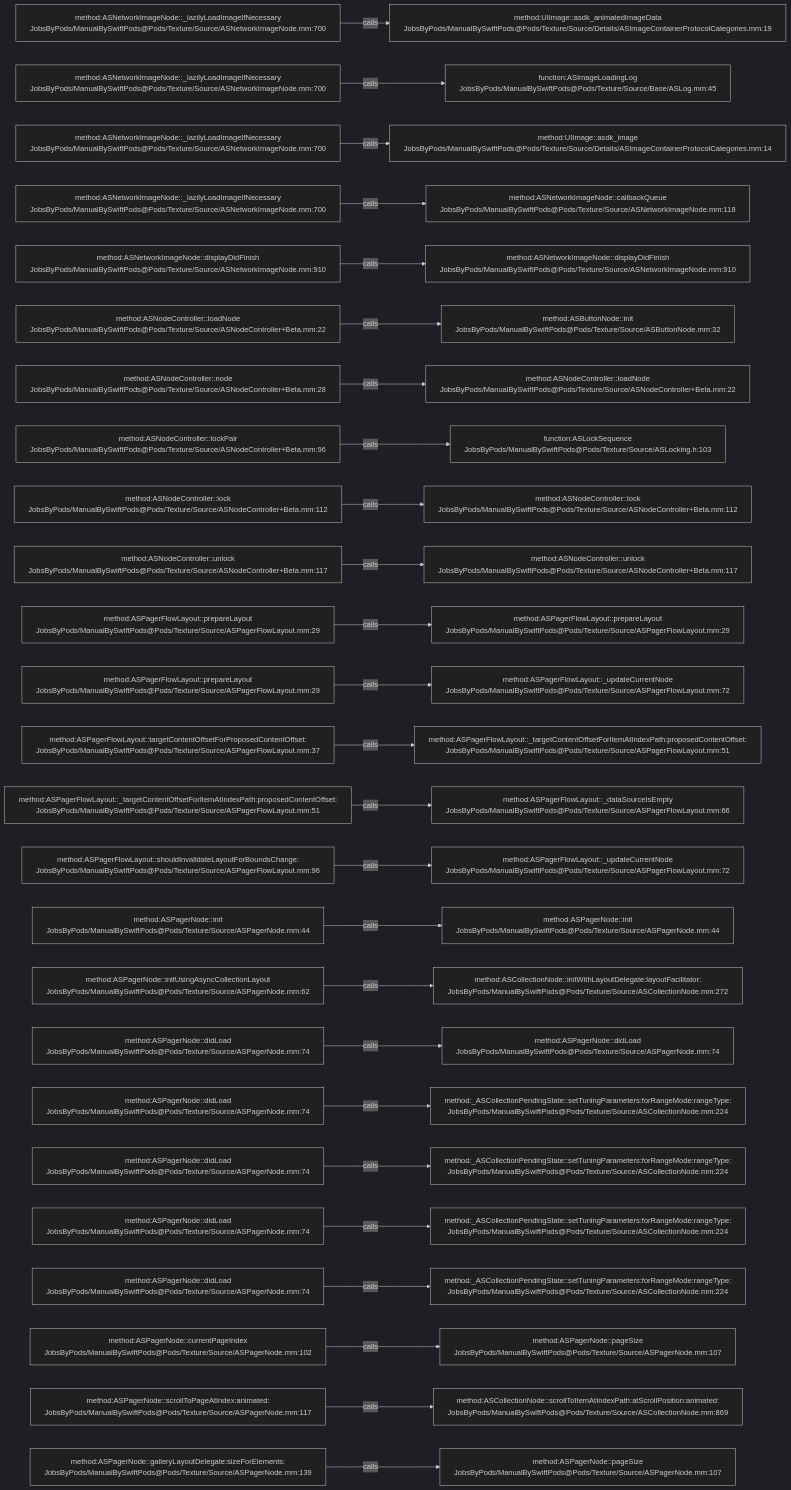
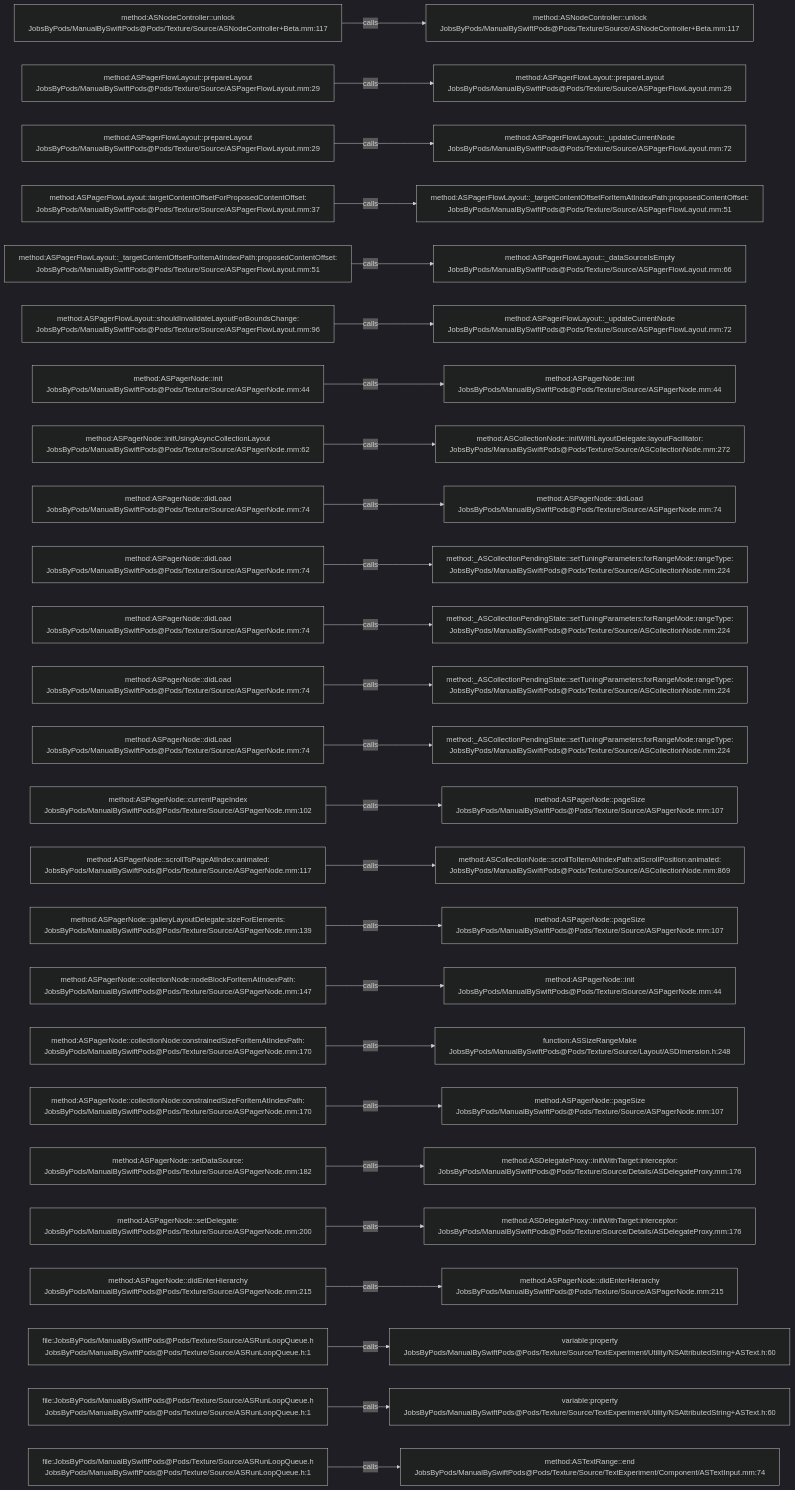
The diagram in .codegraph/codegraph.md/graphs/calls-052.md (JobsKits/JobsSwiftBaseConfigDemo), drawn with Mermaid (dark theme) before and after one commit. The commit also changed 707 other files, not shown here.

````diff
--- a/.codegraph/codegraph.md/graphs/calls-052.md
+++ b/.codegraph/codegraph.md/graphs/calls-052.md
@@ -13,78 +13,78 @@
 ```mermaid
 flowchart LR
-  S1["method:ASNetworkImageNode::_lazilyLoadImageIfNecessary<br/>JobsByPods/ManualBySwiftPods@Pods/Texture/Source/ASNetworkImageNode.mm:700"]
-  T1["method:UIImage::asdk_animatedImageData<br/>JobsByPods/ManualBySwiftPods@Pods/Texture/Source/Details/ASImageContainerProtocolCategories.mm:19"]
+  S1["method:ASNodeController::unlock<br/>JobsByPods/ManualBySwiftPods@Pods/Texture/Source/ASNodeController+Beta.mm:117"]
+  T1["method:ASNodeController::unlock<br/>JobsByPods/ManualBySwiftPods@Pods/Texture/Source/ASNodeController+Beta.mm:117"]
   S1 -->|calls| T1
-  S2["method:ASNetworkImageNode::_lazilyLoadImageIfNecessary<br/>JobsByPods/ManualBySwiftPods@Pods/Texture/Source/ASNetworkImageNode.mm:700"]
-  T2["function:ASImageLoadingLog<br/>JobsByPods/ManualBySwiftPods@Pods/Texture/Source/Base/ASLog.mm:45"]
+  S2["method:ASPagerFlowLayout::prepareLayout<br/>JobsByPods/ManualBySwiftPods@Pods/Texture/Source/ASPagerFlowLayout.mm:29"]
+  T2["method:ASPagerFlowLayout::prepareLayout<br/>JobsByPods/ManualBySwiftPods@Pods/Texture/Source/ASPagerFlowLayout.mm:29"]
   S2 -->|calls| T2
-  S3["method:ASNetworkImageNode::_lazilyLoadImageIfNecessary<br/>JobsByPods/ManualBySwiftPods@Pods/Texture/Source/ASNetworkImageNode.mm:700"]
-  T3["method:UIImage::asdk_image<br/>JobsByPods/ManualBySwiftPods@Pods/Texture/Source/Details/ASImageContainerProtocolCategories.mm:14"]
+  S3["method:ASPagerFlowLayout::prepareLayout<br/>JobsByPods/ManualBySwiftPods@Pods/Texture/Source/ASPagerFlowLayout.mm:29"]
+  T3["method:ASPagerFlowLayout::_updateCurrentNode<br/>JobsByPods/ManualBySwiftPods@Pods/Texture/Source/ASPagerFlowLayout.mm:72"]
   S3 -->|calls| T3
-  S4["method:ASNetworkImageNode::_lazilyLoadImageIfNecessary<br/>JobsByPods/ManualBySwiftPods@Pods/Texture/Source/ASNetworkImageNode.mm:700"]
-  T4["method:ASNetworkImageNode::callbackQueue<br/>JobsByPods/ManualBySwiftPods@Pods/Texture/Source/ASNetworkImageNode.mm:118"]
+  S4["method:ASPagerFlowLayout::targetContentOffsetForProposedContentOffset:<br/>JobsByPods/ManualBySwiftPods@Pods/Texture/Source/ASPagerFlowLayout.mm:37"]
+  T4["method:ASPagerFlowLayout::_targetContentOffsetForItemAtIndexPath:proposedContentOffset:<br/>JobsByPods/ManualBySwiftPods@Pods/Texture/Source/ASPagerFlowLayout.mm:51"]
   S4 -->|calls| T4
-  S5["method:ASNetworkImageNode::displayDidFinish<br/>JobsByPods/ManualBySwiftPods@Pods/Texture/Source/ASNetworkImageNode.mm:910"]
-  T5["method:ASNetworkImageNode::displayDidFinish<br/>JobsByPods/ManualBySwiftPods@Pods/Texture/Source/ASNetworkImageNode.mm:910"]
+  S5["method:ASPagerFlowLayout::_targetContentOffsetForItemAtIndexPath:proposedContentOffset:<br/>JobsByPods/ManualBySwiftPods@Pods/Texture/Source/ASPagerFlowLayout.mm:51"]
+  T5["method:ASPagerFlowLayout::_dataSourceIsEmpty<br/>JobsByPods/ManualBySwiftPods@Pods/Texture/Source/ASPagerFlowLayout.mm:66"]
   S5 -->|calls| T5
-  S6["method:ASNodeController::loadNode<br/>JobsByPods/ManualBySwiftPods@Pods/Texture/Source/ASNodeController+Beta.mm:22"]
-  T6["method:ASButtonNode::init<br/>JobsByPods/ManualBySwiftPods@Pods/Texture/Source/ASButtonNode.mm:32"]
+  S6["method:ASPagerFlowLayout::shouldInvalidateLayoutForBoundsChange:<br/>JobsByPods/ManualBySwiftPods@Pods/Texture/Source/ASPagerFlowLayout.mm:96"]
+  T6["method:ASPagerFlowLayout::_updateCurrentNode<br/>JobsByPods/ManualBySwiftPods@Pods/Texture/Source/ASPagerFlowLayout.mm:72"]
   S6 -->|calls| T6
-  S7["method:ASNodeController::node<br/>JobsByPods/ManualBySwiftPods@Pods/Texture/Source/ASNodeController+Beta.mm:28"]
-  T7["method:ASNodeController::loadNode<br/>JobsByPods/ManualBySwiftPods@Pods/Texture/Source/ASNodeController+Beta.mm:22"]
+  S7["method:ASPagerNode::init<br/>JobsByPods/ManualBySwiftPods@Pods/Texture/Source/ASPagerNode.mm:44"]
+  T7["method:ASPagerNode::init<br/>JobsByPods/ManualBySwiftPods@Pods/Texture/Source/ASPagerNode.mm:44"]
   S7 -->|calls| T7
-  S8["method:ASNodeController::lockPair<br/>JobsByPods/ManualBySwiftPods@Pods/Texture/Source/ASNodeController+Beta.mm:96"]
-  T8["function:ASLockSequence<br/>JobsByPods/ManualBySwiftPods@Pods/Texture/Source/ASLocking.h:103"]
+  S8["method:ASPagerNode::initUsingAsyncCollectionLayout<br/>JobsByPods/ManualBySwiftPods@Pods/Texture/Source/ASPagerNode.mm:62"]
+  T8["method:ASCollectionNode::initWithLayoutDelegate:layoutFacilitator:<br/>JobsByPods/ManualBySwiftPods@Pods/Texture/Source/ASCollectionNode.mm:272"]
   S8 -->|calls| T8
-  S9["method:ASNodeController::lock<br/>JobsByPods/ManualBySwiftPods@Pods/Texture/Source/ASNodeController+Beta.mm:112"]
-  T9["method:ASNodeController::lock<br/>JobsByPods/ManualBySwiftPods@Pods/Texture/Source/ASNodeController+Beta.mm:112"]
+  S9["method:ASPagerNode::didLoad<br/>JobsByPods/ManualBySwiftPods@Pods/Texture/Source/ASPagerNode.mm:74"]
+  T9["method:ASPagerNode::didLoad<br/>JobsByPods/ManualBySwiftPods@Pods/Texture/Source/ASPagerNode.mm:74"]
   S9 -->|calls| T9
-  S10["method:ASNodeController::unlock<br/>JobsByPods/ManualBySwiftPods@Pods/Texture/Source/ASNodeController+Beta.mm:117"]
-  T10["method:ASNodeController::unlock<br/>JobsByPods/ManualBySwiftPods@Pods/Texture/Source/ASNodeController+Beta.mm:117"]
+  S10["method:ASPagerNode::didLoad<br/>JobsByPods/ManualBySwiftPods@Pods/Texture/Source/ASPagerNode.mm:74"]
+  T10["method:_ASCollectionPendingState::setTuningParameters:forRangeMode:rangeType:<br/>JobsByPods/ManualBySwiftPods@Pods/Texture/Source/ASCollectionNode.mm:224"]
   S10 -->|calls| T10
-  S11["method:ASPagerFlowLayout::prepareLayout<br/>JobsByPods/ManualBySwiftPods@Pods/Texture/Source/ASPagerFlowLayout.mm:29"]
-  T11["method:ASPagerFlowLayout::prepareLayout<br/>JobsByPods/ManualBySwiftPods@Pods/Texture/Source/ASPagerFlowLayout.mm:29"]
+  S11["method:ASPagerNode::didLoad<br/>JobsByPods/ManualBySwiftPods@Pods/Texture/Source/ASPagerNode.mm:74"]
+  T11["method:_ASCollectionPendingState::setTuningParameters:forRangeMode:rangeType:<br/>JobsByPods/ManualBySwiftPods@Pods/Texture/Source/ASCollectionNode.mm:224"]
   S11 -->|calls| T11
-  S12["method:ASPagerFlowLayout::prepareLayout<br/>JobsByPods/ManualBySwiftPods@Pods/Texture/Source/ASPagerFlowLayout.mm:29"]
-  T12["method:ASPagerFlowLayout::_updateCurrentNode<br/>JobsByPods/ManualBySwiftPods@Pods/Texture/Source/ASPagerFlowLayout.mm:72"]
+  S12["method:ASPagerNode::didLoad<br/>JobsByPods/ManualBySwiftPods@Pods/Texture/Source/ASPagerNode.mm:74"]
+  T12["method:_ASCollectionPendingState::setTuningParameters:forRangeMode:rangeType:<br/>JobsByPods/ManualBySwiftPods@Pods/Texture/Source/ASCollectionNode.mm:224"]
   S12 -->|calls| T12
-  S13["method:ASPagerFlowLayout::targetContentOffsetForProposedContentOffset:<br/>JobsByPods/ManualBySwiftPods@Pods/Texture/Source/ASPagerFlowLayout.mm:37"]
-  T13["method:ASPagerFlowLayout::_targetContentOffsetForItemAtIndexPath:proposedContentOffset:<br/>JobsByPods/ManualBySwiftPods@Pods/Texture/Source/ASPagerFlowLayout.mm:51"]
+  S13["method:ASPagerNode::didLoad<br/>JobsByPods/ManualBySwiftPods@Pods/Texture/Source/ASPagerNode.mm:74"]
+  T13["method:_ASCollectionPendingState::setTuningParameters:forRangeMode:rangeType:<br/>JobsByPods/ManualBySwiftPods@Pods/Texture/Source/ASCollectionNode.mm:224"]
   S13 -->|calls| T13
-  S14["method:ASPagerFlowLayout::_targetContentOffsetForItemAtIndexPath:proposedContentOffset:<br/>JobsByPods/ManualBySwiftPods@Pods/Texture/Source/ASPagerFlowLayout.mm:51"]
-  T14["method:ASPagerFlowLayout::_dataSourceIsEmpty<br/>JobsByPods/ManualBySwiftPods@Pods/Texture/Source/ASPagerFlowLayout.mm:66"]
+  S14["method:ASPagerNode::currentPageIndex<br/>JobsByPods/ManualBySwiftPods@Pods/Texture/Source/ASPagerNode.mm:102"]
+  T14["method:ASPagerNode::pageSize<br/>JobsByPods/ManualBySwiftPods@Pods/Texture/Source/ASPagerNode.mm:107"]
   S14 -->|calls| T14
-  S15["method:ASPagerFlowLayout::shouldInvalidateLayoutForBoundsChange:<br/>JobsByPods/ManualBySwiftPods@Pods/Texture/Source/ASPagerFlowLayout.mm:96"]
-  T15["method:ASPagerFlowLayout::_updateCurrentNode<br/>JobsByPods/ManualBySwiftPods@Pods/Texture/Source/ASPagerFlowLayout.mm:72"]
+  S15["method:ASPagerNode::scrollToPageAtIndex:animated:<br/>JobsByPods/ManualBySwiftPods@Pods/Texture/Source/ASPagerNode.mm:117"]
+  T15["method:ASCollectionNode::scrollToItemAtIndexPath:atScrollPosition:animated:<br/>JobsByPods/ManualBySwiftPods@Pods/Texture/Source/ASCollectionNode.mm:869"]
   S15 -->|calls| T15
-  S16["method:ASPagerNode::init<br/>JobsByPods/ManualBySwiftPods@Pods/Texture/Source/ASPagerNode.mm:44"]
-  T16["method:ASPagerNode::init<br/>JobsByPods/ManualBySwiftPods@Pods/Texture/Source/ASPagerNode.mm:44"]
+  S16["method:ASPagerNode::galleryLayoutDelegate:sizeForElements:<br/>JobsByPods/ManualBySwiftPods@Pods/Texture/Source/ASPagerNode.mm:139"]
+  T16["method:ASPagerNode::pageSize<br/>JobsByPods/ManualBySwiftPods@Pods/Texture/Source/ASPagerNode.mm:107"]
   S16 -->|calls| T16
-  S17["method:ASPagerNode::initUsingAsyncCollectionLayout<br/>JobsByPods/ManualBySwiftPods@Pods/Texture/Source/ASPagerNode.mm:62"]
-  T17["method:ASCollectionNode::initWithLayoutDelegate:layoutFacilitator:<br/>JobsByPods/ManualBySwiftPods@Pods/Texture/Source/ASCollectionNode.mm:272"]
+  S17["method:ASPagerNode::collectionNode:nodeBlockForItemAtIndexPath:<br/>JobsByPods/ManualBySwiftPods@Pods/Texture/Source/ASPagerNode.mm:147"]
+  T17["method:ASPagerNode::init<br/>JobsByPods/ManualBySwiftPods@Pods/Texture/Source/ASPagerNode.mm:44"]
   S17 -->|calls| T17
-  S18["method:ASPagerNode::didLoad<br/>JobsByPods/ManualBySwiftPods@Pods/Texture/Source/ASPagerNode.mm:74"]
-  T18["method:ASPagerNode::didLoad<br/>JobsByPods/ManualBySwiftPods@Pods/Texture/Source/ASPagerNode.mm:74"]
+  S18["method:ASPagerNode::collectionNode:constrainedSizeForItemAtIndexPath:<br/>JobsByPods/ManualBySwiftPods@Pods/Texture/Source/ASPagerNode.mm:170"]
+  T18["function:ASSizeRangeMake<br/>JobsByPods/ManualBySwiftPods@Pods/Texture/Source/Layout/ASDimension.h:248"]
   S18 -->|calls| T18
-  S19["method:ASPagerNode::didLoad<br/>JobsByPods/ManualBySwiftPods@Pods/Texture/Source/ASPagerNode.mm:74"]
-  T19["method:_ASCollectionPendingState::setTuningParameters:forRangeMode:rangeType:<br/>JobsByPods/ManualBySwiftPods@Pods/Texture/Source/ASCollectionNode.mm:224"]
+  S19["method:ASPagerNode::collectionNode:constrainedSizeForItemAtIndexPath:<br/>JobsByPods/ManualBySwiftPods@Pods/Texture/Source/ASPagerNode.mm:170"]
+  T19["method:ASPagerNode::pageSize<br/>JobsByPods/ManualBySwiftPods@Pods/Texture/Source/ASPagerNode.mm:107"]
   S19 -->|calls| T19
-  S20["method:ASPagerNode::didLoad<br/>JobsByPods/ManualBySwiftPods@Pods/Texture/Source/ASPagerNode.mm:74"]
-  T20["method:_ASCollectionPendingState::setTuningParameters:forRangeMode:rangeType:<br/>JobsByPods/ManualBySwiftPods@Pods/Texture/Source/ASCollectionNode.mm:224"]
+  S20["method:ASPagerNode::setDataSource:<br/>JobsByPods/ManualBySwiftPods@Pods/Texture/Source/ASPagerNode.mm:182"]
+  T20["method:ASDelegateProxy::initWithTarget:interceptor:<br/>JobsByPods/ManualBySwiftPods@Pods/Texture/Source/Details/ASDelegateProxy.mm:176"]
   S20 -->|calls| T20
-  S21["method:ASPagerNode::didLoad<br/>JobsByPods/ManualBySwiftPods@Pods/Texture/Source/ASPagerNode.mm:74"]
-  T21["method:_ASCollectionPendingState::setTuningParameters:forRangeMode:rangeType:<br/>JobsByPods/ManualBySwiftPods@Pods/Texture/Source/ASCollectionNode.mm:224"]
+  S21["method:ASPagerNode::setDelegate:<br/>JobsByPods/ManualBySwiftPods@Pods/Texture/Source/ASPagerNode.mm:200"]
+  T21["method:ASDelegateProxy::initWithTarget:interceptor:<br/>JobsByPods/ManualBySwiftPods@Pods/Texture/Source/Details/ASDelegateProxy.mm:176"]
   S21 -->|calls| T21
-  S22["method:ASPagerNode::didLoad<br/>JobsByPods/ManualBySwiftPods@Pods/Texture/Source/ASPagerNode.mm:74"]
-  T22["method:_ASCollectionPendingState::setTuningParameters:forRangeMode:rangeType:<br/>JobsByPods/ManualBySwiftPods@Pods/Texture/Source/ASCollectionNode.mm:224"]
+  S22["method:ASPagerNode::didEnterHierarchy<br/>JobsByPods/ManualBySwiftPods@Pods/Texture/Source/ASPagerNode.mm:215"]
+  T22["method:ASPagerNode::didEnterHierarchy<br/>JobsByPods/ManualBySwiftPods@Pods/Texture/Source/ASPagerNode.mm:215"]
   S22 -->|calls| T22
-  S23["method:ASPagerNode::currentPageIndex<br/>JobsByPods/ManualBySwiftPods@Pods/Texture/Source/ASPagerNode.mm:102"]
-  T23["method:ASPagerNode::pageSize<br/>JobsByPods/ManualBySwiftPods@Pods/Texture/Source/ASPagerNode.mm:107"]
+  S23["file:JobsByPods/ManualBySwiftPods@Pods/Texture/Source/ASRunLoopQueue.h<br/>JobsByPods/ManualBySwiftPods@Pods/Texture/Source/ASRunLoopQueue.h:1"]
+  T23["variable:property<br/>JobsByPods/ManualBySwiftPods@Pods/Texture/Source/TextExperiment/Utility/NSAttributedString+ASText.h:60"]
   S23 -->|calls| T23
-  S24["method:ASPagerNode::scrollToPageAtIndex:animated:<br/>JobsByPods/ManualBySwiftPods@Pods/Texture/Source/ASPagerNode.mm:117"]
-  T24["method:ASCollectionNode::scrollToItemAtIndexPath:atScrollPosition:animated:<br/>JobsByPods/ManualBySwiftPods@Pods/Texture/Source/ASCollectionNode.mm:869"]
+  S24["file:JobsByPods/ManualBySwiftPods@Pods/Texture/Source/ASRunLoopQueue.h<br/>JobsByPods/ManualBySwiftPods@Pods/Texture/Source/ASRunLoopQueue.h:1"]
+  T24["variable:property<br/>JobsByPods/ManualBySwiftPods@Pods/Texture/Source/TextExperiment/Utility/NSAttributedString+ASText.h:60"]
   S24 -->|calls| T24
-  S25["method:ASPagerNode::galleryLayoutDelegate:sizeForElements:<br/>JobsByPods/ManualBySwiftPods@Pods/Texture/Source/ASPagerNode.mm:139"]
-  T25["method:ASPagerNode::pageSize<br/>JobsByPods/ManualBySwiftPods@Pods/Texture/Source/ASPagerNode.mm:107"]
+  S25["file:JobsByPods/ManualBySwiftPods@Pods/Texture/Source/ASRunLoopQueue.h<br/>JobsByPods/ManualBySwiftPods@Pods/Texture/Source/ASRunLoopQueue.h:1"]
+  T25["method:ASTextRange::end<br/>JobsByPods/ManualBySwiftPods@Pods/Texture/Source/TextExperiment/Component/ASTextInput.mm:74"]
   S25 -->|calls| T25
 ```
````
